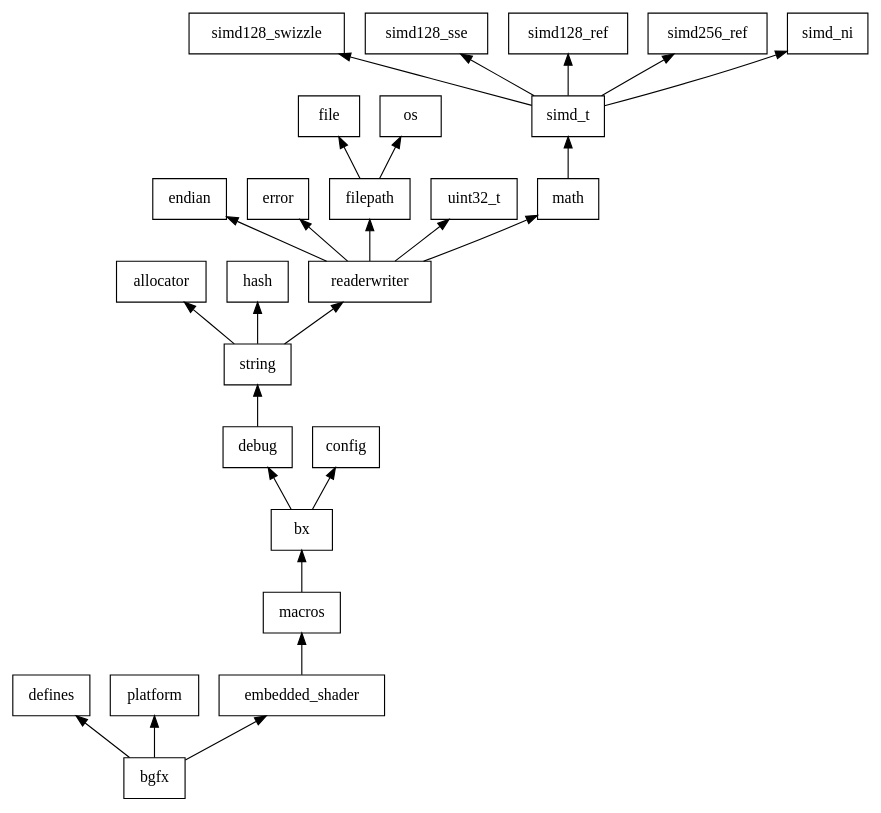
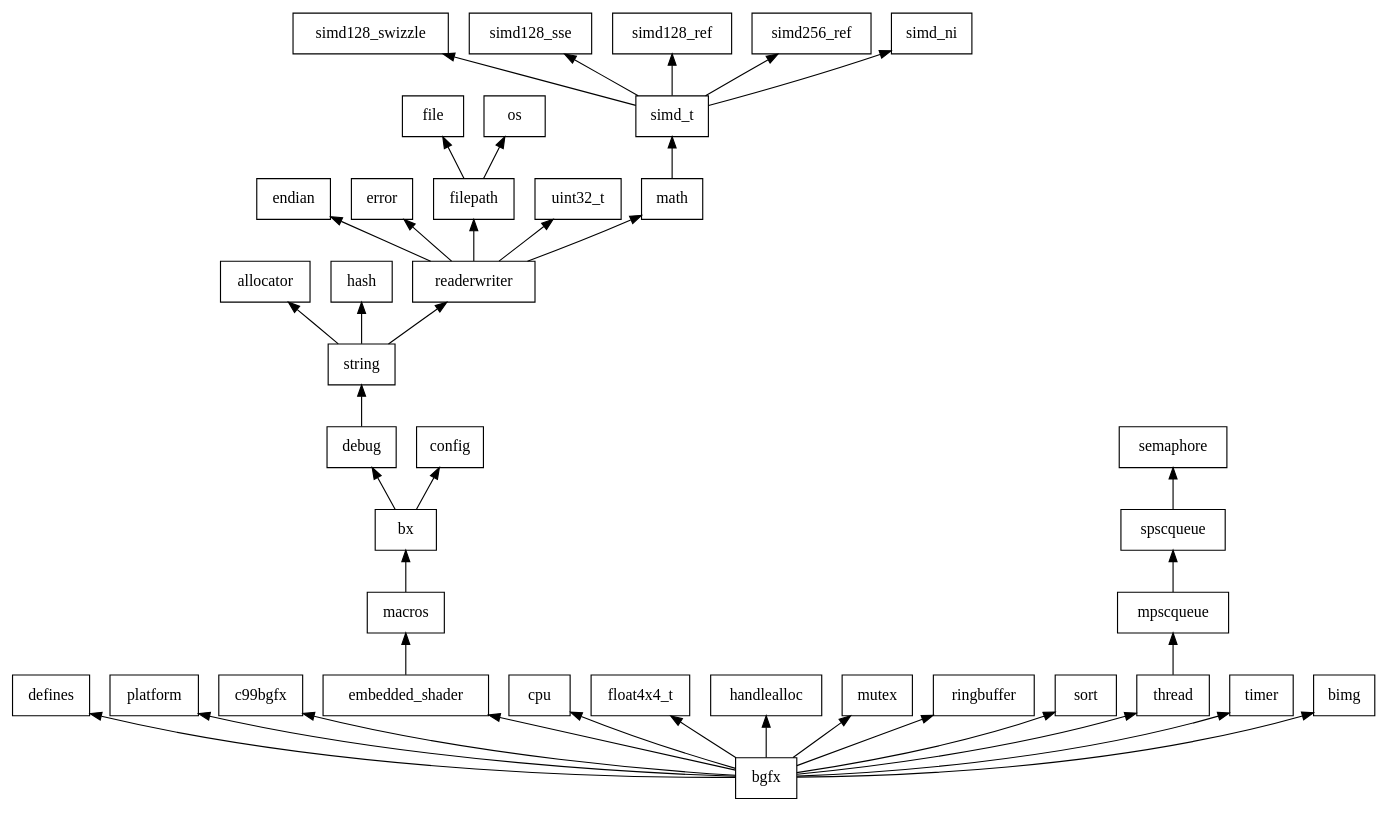
Before and after one commit to hotqkc/tt: the diagram in doc/tinybgfx.dot, drawn with Graphviz. The commit also changed 34 other files, not shown here.

```diff
--- a/doc/tinybgfx.dot
+++ b/doc/tinybgfx.dot
@@ -1,40 +1,56 @@
 digraph TTSFML_System {
 
 	rankdir = BT
 
 	node [
 		shape = "record"
 	]
 	
 	bgfx -> defines
 	bgfx -> platform
+	bgfx -> c99bgfx
 	
 	bgfx -> embedded_shader
 	
 	embedded_shader -> macros
 	
 	macros -> bx
 	bx -> debug
 	bx -> config
 	debug -> string
 	
 	string -> allocator
 	string -> hash
 	string -> readerwriter
 		
 	readerwriter -> endian
 	readerwriter -> error
 	readerwriter -> filepath
 	readerwriter -> uint32_t
 	readerwriter -> math
 	
 	math -> simd_t
 	simd_t -> simd128_swizzle
 	simd_t -> simd128_sse
 	simd_t -> simd128_ref
 	simd_t -> simd256_ref
 	simd_t -> simd_ni
 	
 	filepath -> file
 	filepath -> os
+	
+	bgfx -> cpu
+	bgfx -> float4x4_t
+	bgfx -> handlealloc
+	bgfx -> mutex
+	bgfx -> ringbuffer
+	bgfx -> sort
+	bgfx -> thread
+	bgfx -> timer
+	
+	bgfx -> bimg
+	
+	thread -> mpscqueue
+	mpscqueue -> spscqueue
+	spscqueue -> semaphore
 }
```
